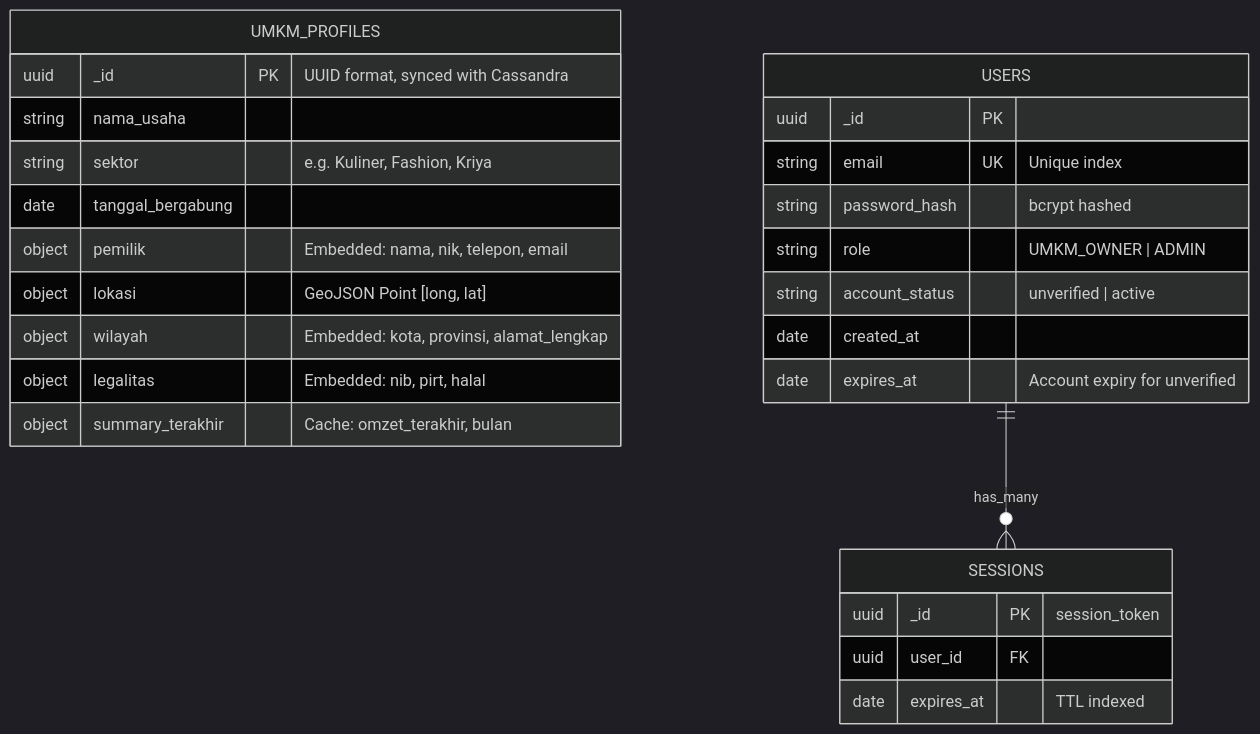
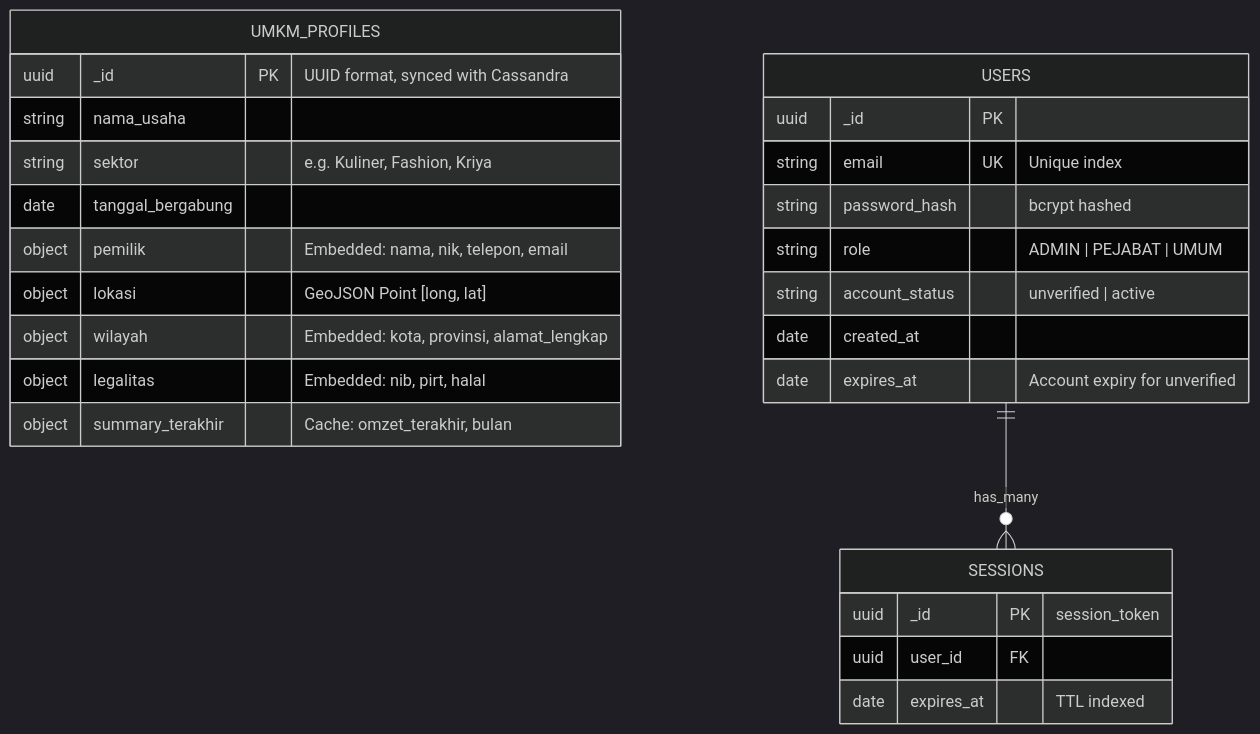
Before and after one commit to codewara/SIGMA-UMKM: the second of 4 diagrams in README.md, drawn with Mermaid (dark theme). The commit also changed other lines of this file and 6 other files, not shown here.

Commit message:
remove UMUM and UMKM_OWNER role

````diff
--- a/README.md
+++ b/README.md
@@ -37,35 +37,35 @@
 ```mermaid
 erDiagram
     %% Main Business Collection
     UMKM_PROFILES {
         uuid _id PK "UUID format, synced with Cassandra"
         string nama_usaha
         string sektor "e.g. Kuliner, Fashion, Kriya"
         date tanggal_bergabung
         object pemilik "Embedded: nama, nik, telepon, email"
         object lokasi "GeoJSON Point [long, lat]"
         object wilayah "Embedded: kota, provinsi, alamat_lengkap"
         object legalitas "Embedded: nib, pirt, halal"
         object summary_terakhir "Cache: omzet_terakhir, bulan"
     }
     
     %% Authentication Collections
     USERS {
         uuid _id PK
         string email UK "Unique index"
         string password_hash "bcrypt hashed"
-        string role "UMKM_OWNER | ADMIN"
+        string role "ADMIN | PEJABAT | UMUM"
         string account_status "unverified | active"
         date created_at
         date expires_at "Account expiry for unverified"
     }
     
     SESSIONS {
         uuid _id PK "session_token"
         uuid user_id FK
         date expires_at "TTL indexed"
     }
     
     %% Relationships
     USERS ||--o{ SESSIONS : "has_many"
 ```
````
